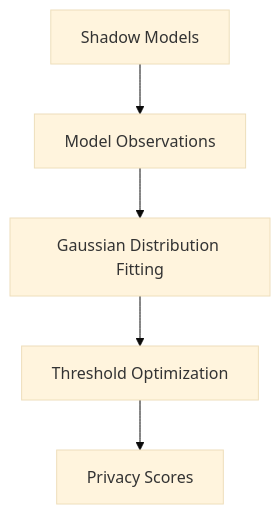
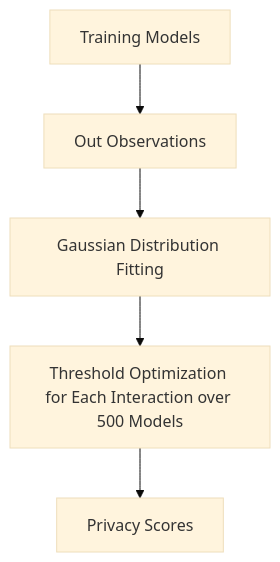
The diagram in readme.md (RhincodonE/RsLiRA), drawn with Mermaid (base theme) before and after one commit.

````diff
--- a/readme.md
+++ b/readme.md
@@ -27,7 +27,7 @@
 ```mermaid
 graph TD
-    A[Shadow Models] --> B[Model Observations]
+    A[Training Models] --> B[Out Observations]
     B --> C[Gaussian Distribution Fitting]
-    C --> D[Threshold Optimization]
+    C --> D[Threshold Optimization for Each Interaction over 500 Models]
     D --> E[Privacy Scores]
 ```
````
